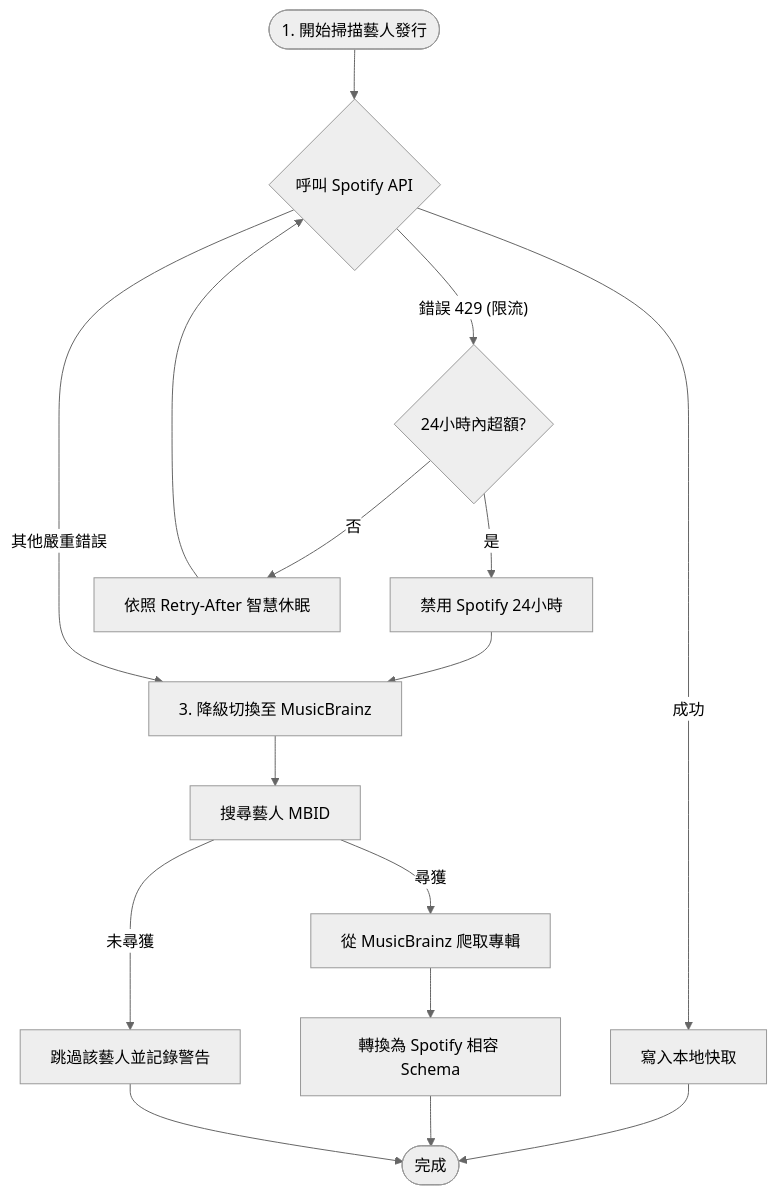
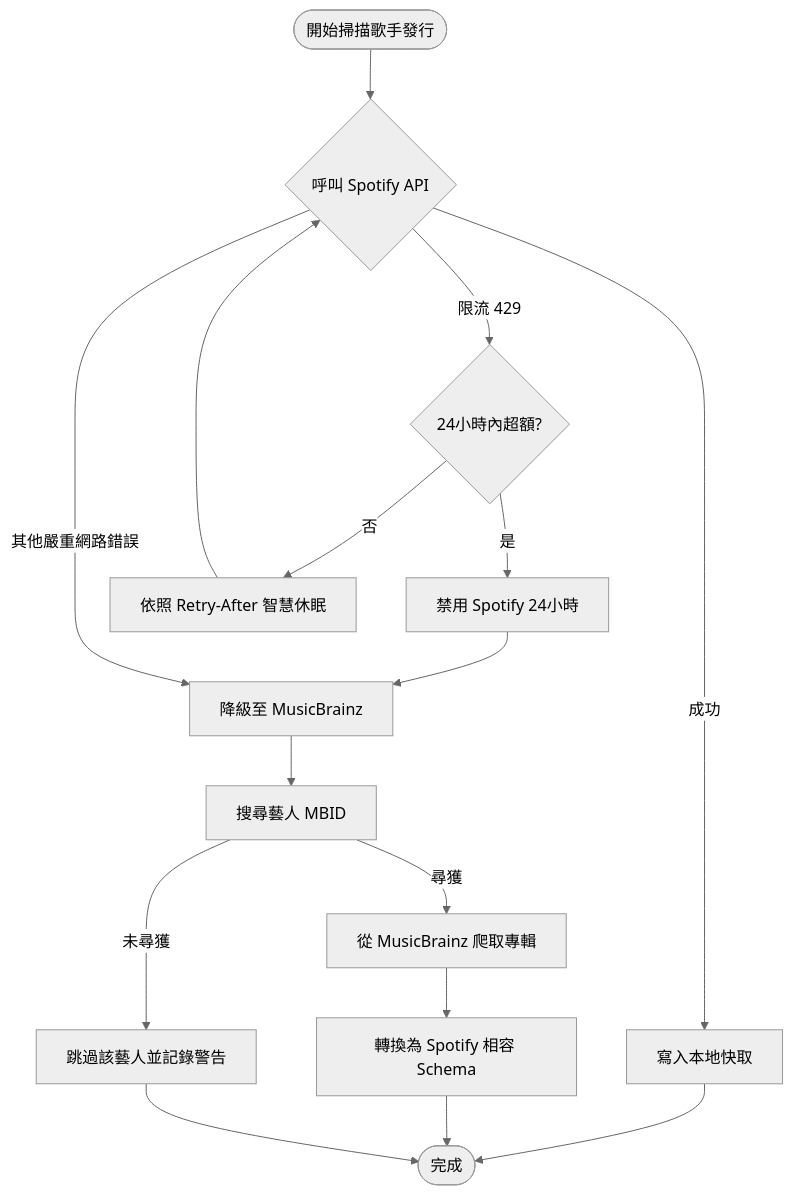
The second of 2 diagrams in README.md (sunpochin/music-release-agent), drawn with Mermaid (neutral theme) before and after one commit. The commit also changed other lines of this file and 6 other files, not shown here.

````diff
--- a/README.md
+++ b/README.md
@@ -80,12 +94,12 @@
 ```mermaid
 flowchart TD
-    Start([1. 開始掃描藝人發行]) --> SpotifyCall{呼叫 Spotify API}
+    Start([開始掃描歌手發行]) --> SpotifyCall{呼叫 Spotify API}
     SpotifyCall -- 成功 --> SaveSpotifyCache[寫入本地快取] --> End([完成])
-    SpotifyCall -- "錯誤 429 (限流)" --> CheckHistory{24小時內超額?}
-    CheckHistory -- 是 --> LockSpotify[禁用 Spotify 24小時] --> MBFailover[3. 降級切換至 MusicBrainz]
+    SpotifyCall -- "限流 429" --> CheckHistory{24小時內超額?}
+    CheckHistory -- 是 --> LockSpotify[禁用 Spotify 24小時] --> MBFailover[降級至 MusicBrainz]
     CheckHistory -- 否 --> WaitRetry[依照 Retry-After 智慧休眠] --> SpotifyCall
-    SpotifyCall -- "其他嚴重錯誤" --> MBFailover
+    SpotifyCall -- "其他嚴重網路錯誤" --> MBFailover
     MBFailover --> GetMBID[搜尋藝人 MBID]
     GetMBID -- 尋獲 --> GetMBAlbums[從 MusicBrainz 爬取專輯] --> ParseMB[轉換為 Spotify 相容 Schema] --> End
     GetMBID -- 未尋獲 --> SkipArtist[跳過該藝人並記錄警告] --> End
 ```
````
